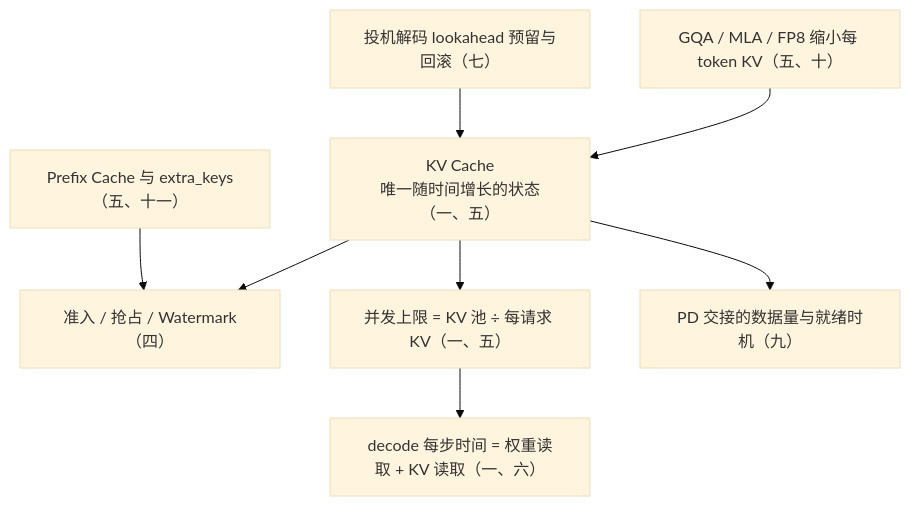
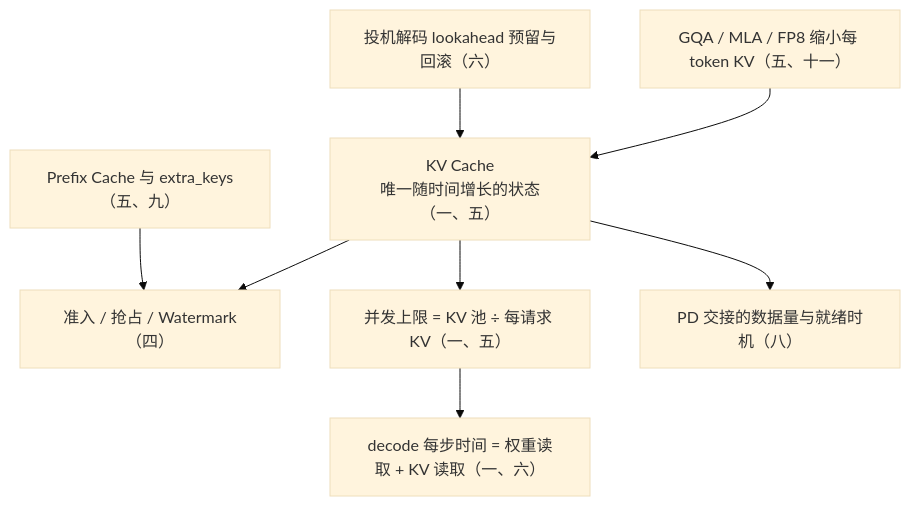
Before and after one commit to arganzheng/arganzheng.github.com: the second of 2 diagrams in _posts/2026-08-25-deep-dive-into-vllm-series-recap-and-self-test.md, drawn with Mermaid (base theme). The commit also changed other lines of this file and 20 other files, not shown here.

````diff
--- a/_posts/2026-08-25-deep-dive-into-vllm-series-recap-and-self-test.md
+++ b/_posts/2026-08-25-deep-dive-into-vllm-series-recap-and-self-test.md
@@ -296,19 +309,19 @@
 ```mermaid
 %% 图：KV Cache 是唯一随时间增长的状态：准入、并发上限、PD 交接、decode 每步时间都由它决定
 flowchart TB
     KV["KV Cache<br/>唯一随时间增长的状态（一、五）"]
     ADM["准入 / 抢占 / Watermark（四）"]
     CAP["并发上限 = KV 池 ÷ 每请求 KV（一、五）"]
-    XFER["PD 交接的数据量与就绪时机（九）"]
+    XFER["PD 交接的数据量与就绪时机（八）"]
     STEP["decode 每步时间 = 权重读取 + KV 读取（一、六）"]
-    SHRINK["GQA / MLA / FP8 缩小每 token KV（五、十）"]
-    PREFIX["Prefix Cache 与 extra_keys（五、十一）"]
-    SPEC["投机解码 lookahead 预留与回滚（七）"]
+    SHRINK["GQA / MLA / FP8 缩小每 token KV（五、十一）"]
+    PREFIX["Prefix Cache 与 extra_keys（五、九）"]
+    SPEC["投机解码 lookahead 预留与回滚（六）"]
     KV --> ADM
     KV --> CAP
     KV --> XFER
     CAP --> STEP
     SHRINK --> KV
     SPEC --> KV
     PREFIX --> ADM
 ```
````
